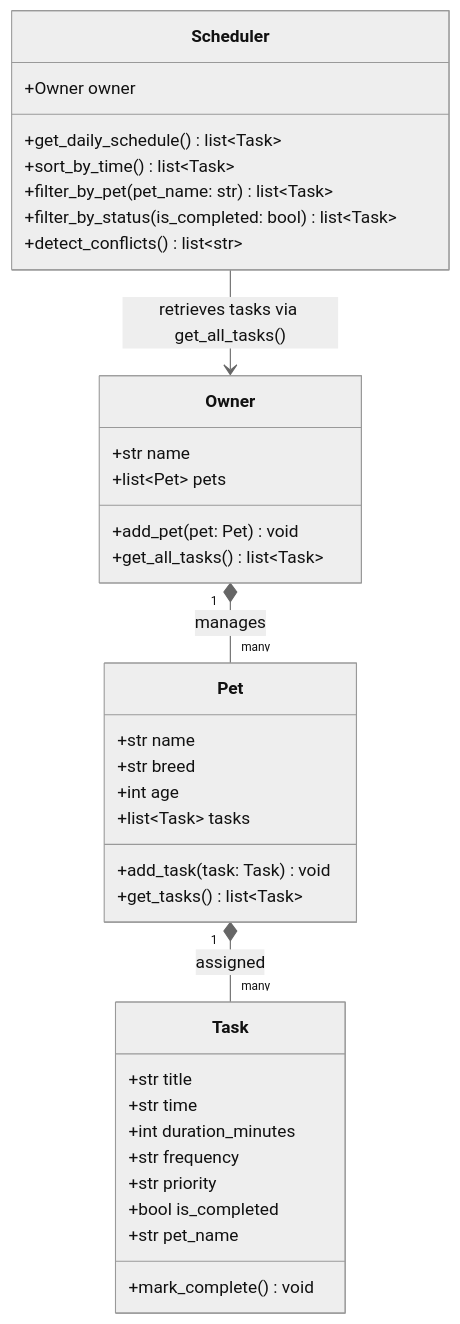
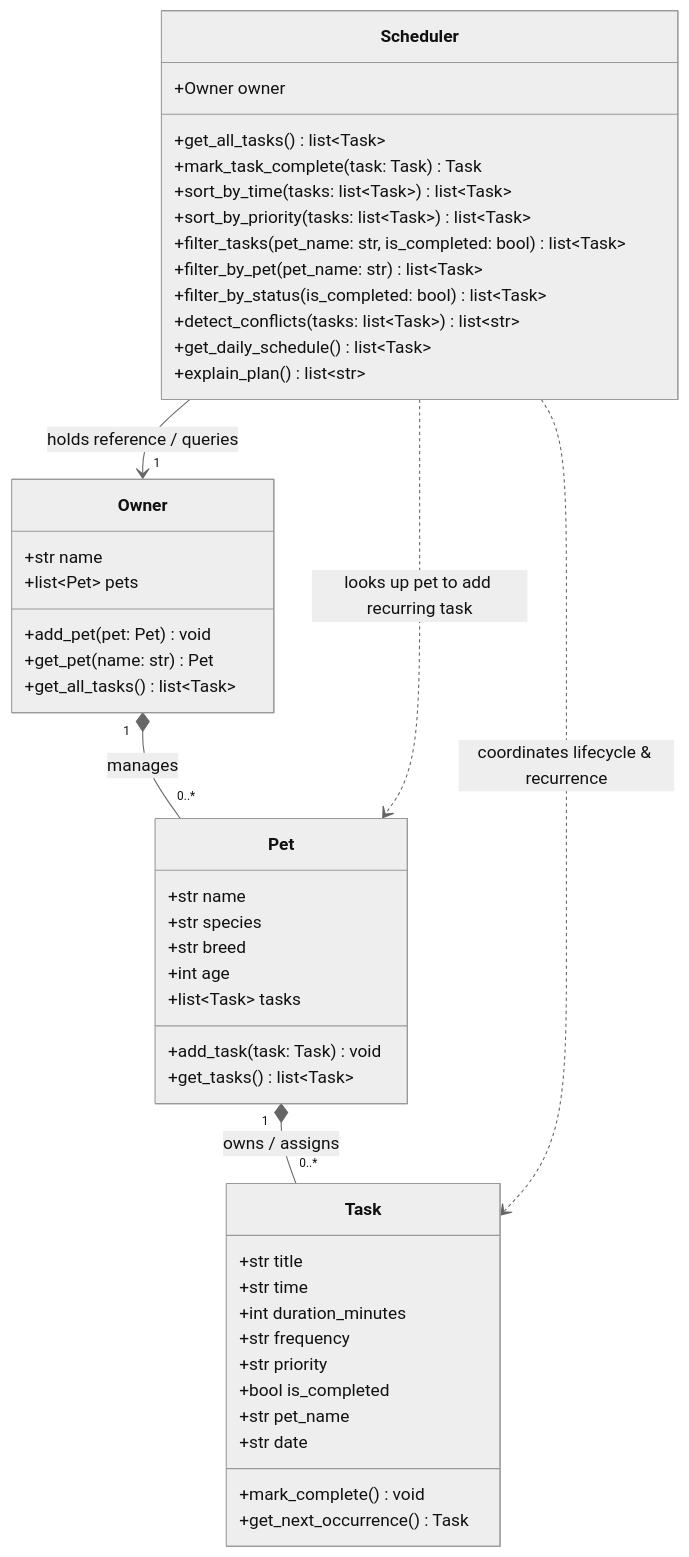
The diagram in diagrams/uml.mmd (jolie-huang/ai110-module2show-pawpal-starter), drawn with Mermaid (neutral theme) before and after one commit. The commit also changed 4 other files, not shown here.

```diff
--- a/diagrams/uml.mmd
+++ b/diagrams/uml.mmd
@@ -1,40 +1,51 @@
 classDiagram
     class Owner {
         +str name
         +list~Pet~ pets
         +add_pet(pet: Pet) void
+        +get_pet(name: str) Pet
         +get_all_tasks() list~Task~
     }
 
     class Pet {
         +str name
+        +str species
         +str breed
         +int age
         +list~Task~ tasks
         +add_task(task: Task) void
         +get_tasks() list~Task~
     }
 
     class Task {
         +str title
         +str time
         +int duration_minutes
         +str frequency
         +str priority
         +bool is_completed
         +str pet_name
+        +str date
         +mark_complete() void
+        +get_next_occurrence() Task
     }
 
     class Scheduler {
         +Owner owner
-        +get_daily_schedule() list~Task~
-        +sort_by_time() list~Task~
+        +get_all_tasks() list~Task~
+        +mark_task_complete(task: Task) Task
+        +sort_by_time(tasks: list~Task~) list~Task~
+        +sort_by_priority(tasks: list~Task~) list~Task~
+        +filter_tasks(pet_name: str, is_completed: bool) list~Task~
         +filter_by_pet(pet_name: str) list~Task~
         +filter_by_status(is_completed: bool) list~Task~
-        +detect_conflicts() list~str~
+        +detect_conflicts(tasks: list~Task~) list~str~
+        +get_daily_schedule() list~Task~
+        +explain_plan() list~str~
     }
 
-    Owner "1" *-- "many" Pet : manages
-    Pet "1" *-- "many" Task : assigned
-    Scheduler --> Owner : retrieves tasks via get_all_tasks()
+    Owner "1" *-- "0..*" Pet : manages
+    Pet "1" *-- "0..*" Task : owns / assigns
+    Scheduler --> "1" Owner : holds reference / queries
+    Scheduler ..> Task : coordinates lifecycle & recurrence
+    Scheduler ..> Pet : looks up pet to add recurring task
```
